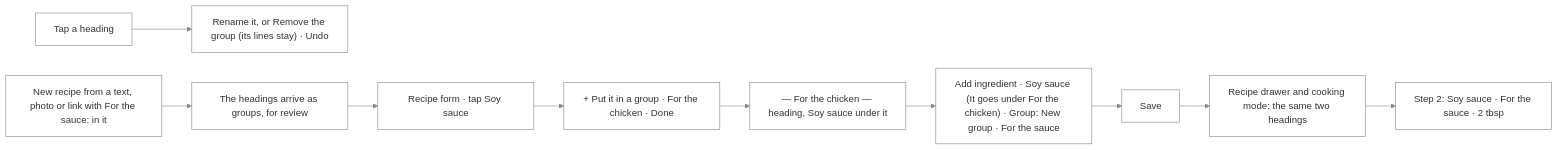
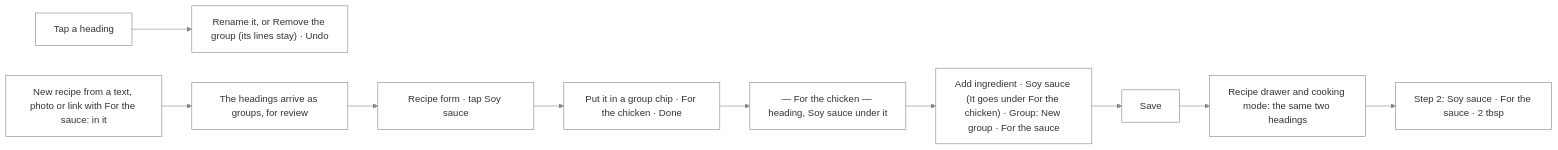
Before and after one commit to NovaMoonX/moondreams-dev-apps: diagram 51 of 57 in src/apps/pinch/UX.md, drawn with Mermaid. The commit also changed other lines of this file and 18 other files, not shown here.

````diff
--- a/src/apps/pinch/UX.md
+++ b/src/apps/pinch/UX.md
@@ -1533,10 +1535,10 @@
 ```mermaid
 %%{init: {'theme': 'base', 'themeVariables': {'primaryColor': 'transparent', 'clusterBkg': 'transparent', 'primaryBorderColor': '#888888', 'clusterBorder': '#888888', 'lineColor': '#888888', 'primaryTextColor': '#333333'}}}%%
 flowchart LR
-    A["Recipe form · tap Soy sauce"] --> B["+ Put it in a group · For the chicken · Done"] --> C["— For the chicken — heading, Soy sauce under it"]
+    A["Recipe form · tap Soy sauce"] --> B["Put it in a group chip · For the chicken · Done"] --> C["— For the chicken — heading, Soy sauce under it"]
     C --> D["Add ingredient · Soy sauce (It goes under For the chicken) · Group: New group · For the sauce"]
     D --> E["Save"] --> F["Recipe drawer and cooking mode: the same two headings"]
     F --> G["Step 2: Soy sauce · For the sauce · 2 tbsp"]
     H["Tap a heading"] --> I["Rename it, or Remove the group (its lines stay) · Undo"]
     J["New recipe from a text, photo or link with For the sauce: in it"] --> K["The headings arrive as groups, for review"] --> A
 ```
````
